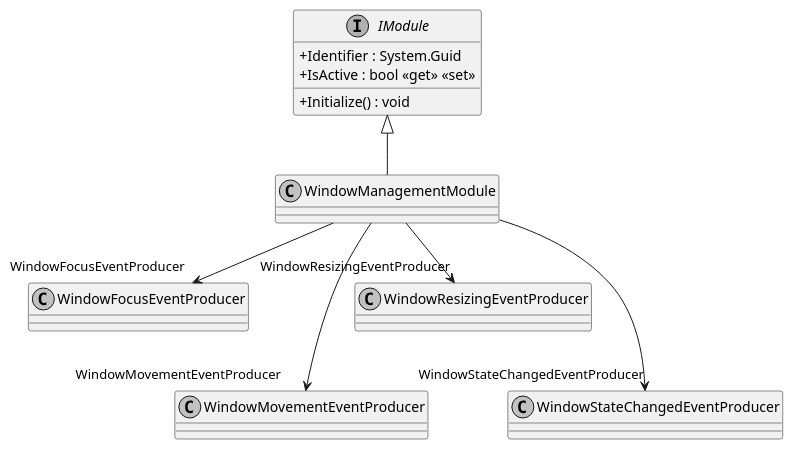
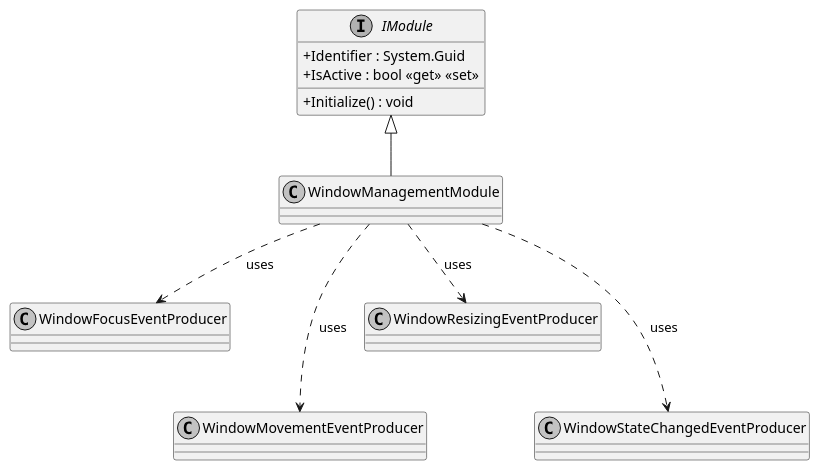
Before and after one commit to insightmind/MORR: the diagram in documents/sd/plantuml/application/Modules/WindowManagement/WindowManagementModule.puml, drawn with PlantUML. The commit also changed 10 other files, not shown here.

```diff
--- a/documents/sd/plantuml/application/Modules/WindowManagement/WindowManagementModule.puml
+++ b/documents/sd/plantuml/application/Modules/WindowManagement/WindowManagementModule.puml
@@ -1,20 +1,20 @@
 @startuml
 skinparam monochrome true
 skinparam classAttributeIconSize 0
 
 class WindowManagementModule {
 }
 
 
 interface IModule {
     + Identifier : System.Guid
     + IsActive : bool <<get>> <<set>>
     + Initialize() : void
 }
 
 IModule <|-- WindowManagementModule
-WindowManagementModule --> "WindowFocusEventProducer" WindowFocusEventProducer
-WindowManagementModule ---> "WindowMovementEventProducer" WindowMovementEventProducer
-WindowManagementModule --> "       WindowResizingEventProducer" WindowResizingEventProducer
-WindowManagementModule ---> "WindowStateChangedEventProducer" WindowStateChangedEventProducer
+WindowManagementModule ..> WindowFocusEventProducer : "uses"
+WindowManagementModule ...> WindowMovementEventProducer : "uses"
+WindowManagementModule..> WindowResizingEventProducer : "uses"
+WindowManagementModule ...> WindowStateChangedEventProducer : "uses"
 @enduml
```
